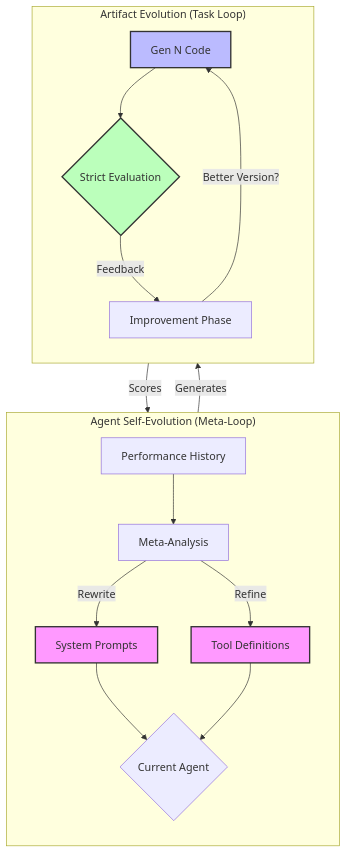
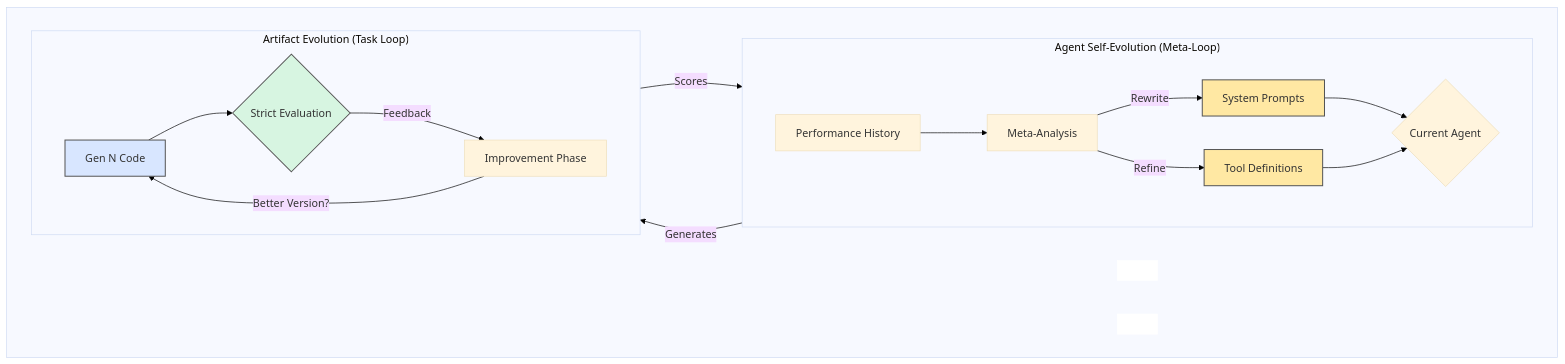
The diagram in README.md (GirishVerm/AlphaEvolve-Agent), drawn with Mermaid before and after one commit.

Commit message:
Revise README.md Mermaid diagram styling
Updated the Mermaid diagram for clarity and light mode styling.

````diff
--- a/README.md
+++ b/README.md
@@ -13,25 +13,41 @@
 ```mermaid
-graph TD
-    %% Styling
-    classDef meta fill:#f9f,stroke:#333,stroke-width:2px;
-    classDef artifact fill:#bbf,stroke:#333,stroke-width:2px;
-    classDef eval fill:#bfb,stroke:#333,stroke-width:2px;
+%% Force white background
+%%{init: {'theme': 'base', 'themeVariables': { 'background': '#ffffff' }}}%%
 
-    subgraph Agent["Agent Self-Evolution (Meta-Loop)"]
-        direction TB
-        History[Performance History] --> Analyze[Meta-Analysis]
-        Analyze -->|Rewrite| Prompts[System Prompts]
-        Analyze -->|Refine| Tools[Tool Definitions]
-        Prompts:::meta --> AgentState
-        Tools:::meta --> AgentState{Current Agent}
+graph LR
+
+    %% Light-mode optimized styling
+    classDef meta fill:#FFE8A3,stroke:#555,stroke-width:1.5px,color:#333;
+    classDef artifact fill:#D8E6FF,stroke:#555,stroke-width:1.5px,color:#333;
+    classDef eval fill:#D7F5E1,stroke:#555,stroke-width:1.5px,color:#333;
+    classDef none fill:#ffffff,stroke:#ffffff,color:#ffffff;
+
+    %% BIG WRAPPER (background box)
+    subgraph Whole[" "]
+        direction LR
+        pad1[" "]:::none
+
+        %% Agent Loop
+        subgraph Agent["Agent Self-Evolution (Meta-Loop)"]
+            direction LR
+            History[Performance History] --> Analyze[Meta-Analysis]
+            Analyze -->|Rewrite| Prompts[System Prompts]
+            Analyze -->|Refine| Tools[Tool Definitions]
+            Prompts:::meta --> AgentState
+            Tools:::meta --> AgentState{Current Agent}
+        end
+
+        %% Task Loop
+        subgraph Task["Artifact Evolution (Task Loop)"]
+            direction LR
+            AgentState -->|Generates| Code[Gen N Code]
+            Code:::artifact --> Eval{Strict Evaluation}
+            Eval:::eval -->|Scores| History
+            Eval -->|Feedback| Improve[Improvement Phase]
+            Improve -->|Better Version?| Code
+        end
+
+        pad2[" "]:::none
     end
 
-    subgraph Task["Artifact Evolution (Task Loop)"]
-        direction TB
-        AgentState -->|Generates| Code[Gen N Code]
-        Code:::artifact --> Eval{Strict Evaluation}
-        Eval:::eval -->|Scores| History
-        Eval -->|Feedback| Improve[Improvement Phase]
-        Improve -->|Better Version?| Code
-    end
 ```
````
